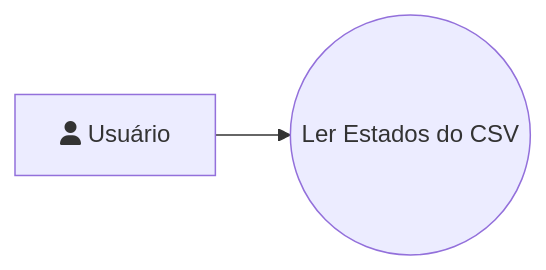
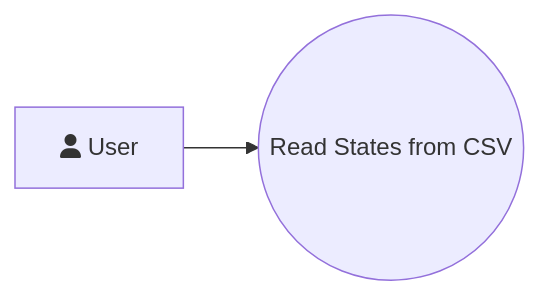
One commit to RenatoGarciaLopes/JavaIradoNoTxt changed the diagram in StatesCSVReader/states-csv-reader-use-case.uml.mermaid. Above: the diagram before and after it, drawn with Mermaid.

Commit message:
refactor: update labels in UML diagram for StatesCSVReader to English for consistency

```diff
--- a/StatesCSVReader/states-csv-reader-use-case.uml.mermaid
+++ b/StatesCSVReader/states-csv-reader-use-case.uml.mermaid
@@ -1,5 +1,5 @@
 flowchart LR
-    A[fa:fa-user Usuário]
-    B((Ler Estados do CSV))
+    A[fa:fa-user User]
+    B((Read States from CSV))
 
     A --> B
```
